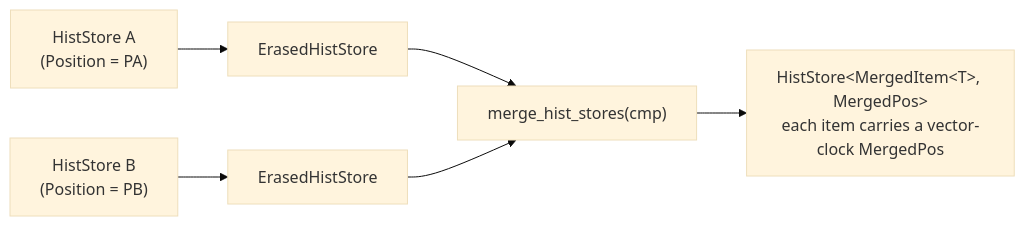
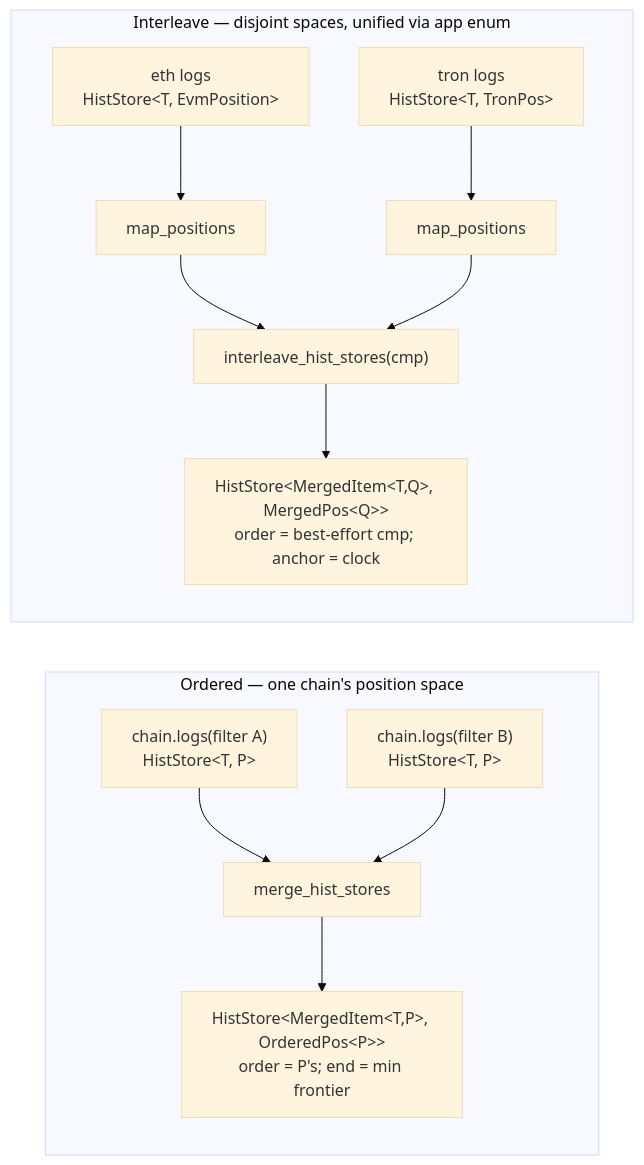
The fourth of 12 diagrams in docs/ARCHITECTURE.md (nikicat/chainfold), drawn with Mermaid (base theme) before and after one commit. The commit also changed other lines of this file and 2 other files, not shown here.

First line of the commit message:
docs: align ARCHITECTURE.md + TODO.md + refactor.md with the merge split

````diff
--- a/docs/ARCHITECTURE.md
+++ b/docs/ARCHITECTURE.md
@@ -619,8 +623,15 @@
 ```mermaid
 flowchart LR
-    SrcA["HistStore A<br/>(Position = PA)"] --> EA["ErasedHistStore"]
-    SrcB["HistStore B<br/>(Position = PB)"] --> EB["ErasedHistStore"]
-    EA --> M["merge_hist_stores(cmp)"]
-    EB --> M
-    M --> Out["HistStore&lt;MergedItem&lt;T&gt;, MergedPos&gt;<br/>each item carries a vector-clock MergedPos"]
+    subgraph ORD["Ordered — one chain's position space"]
+        F1["chain.logs(filter A)<br/>HistStore&lt;T, P&gt;"] --> OM["merge_hist_stores"]
+        F2["chain.logs(filter B)<br/>HistStore&lt;T, P&gt;"] --> OM
+        OM --> OOut["HistStore&lt;MergedItem&lt;T,P&gt;, OrderedPos&lt;P&gt;&gt;<br/>order = P's; end = min frontier"]
+    end
+    subgraph INT["Interleave — disjoint spaces, unified via app enum"]
+        E1["eth logs<br/>HistStore&lt;T, EvmPosition&gt;"] --> MP1["map_positions"]
+        E2["tron logs<br/>HistStore&lt;T, TronPos&gt;"] --> MP2["map_positions"]
+        MP1 --> IM["interleave_hist_stores(cmp)"]
+        MP2 --> IM
+        IM --> IOut["HistStore&lt;MergedItem&lt;T,Q&gt;, MergedPos&lt;Q&gt;&gt;<br/>order = best-effort cmp; anchor = clock"]
+    end
 ```
````
